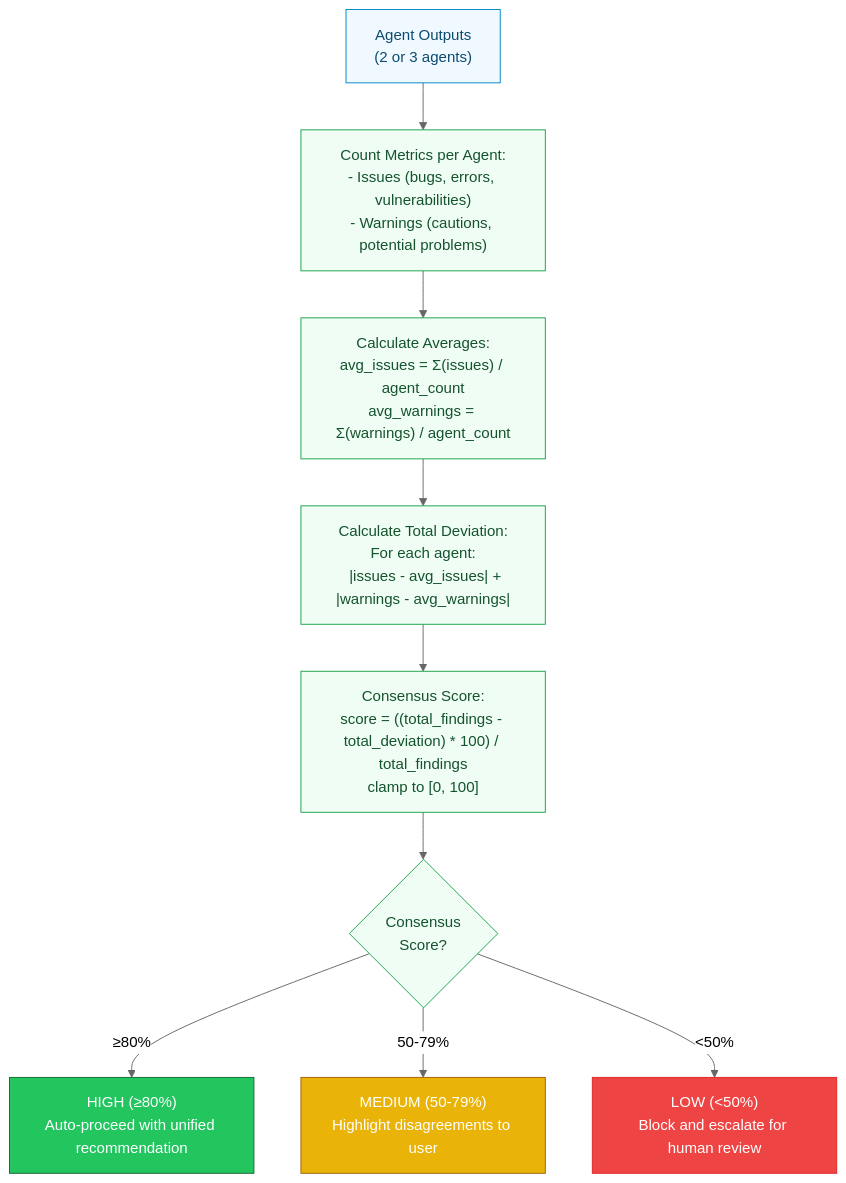
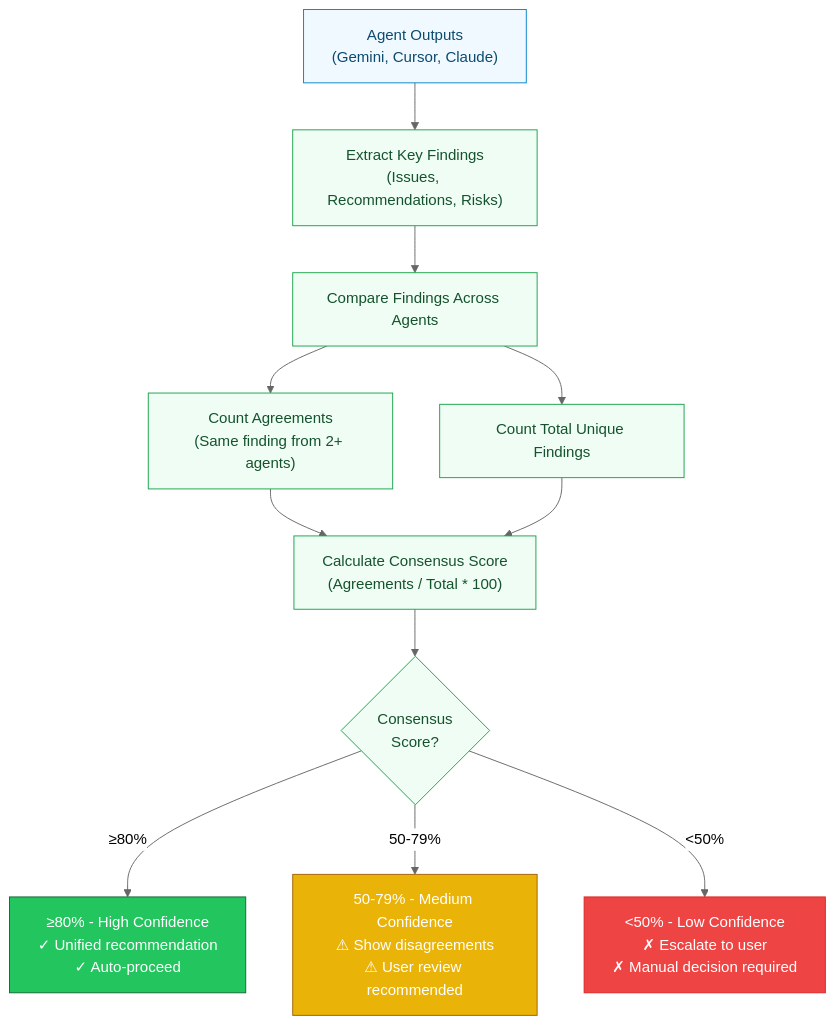
Before and after one commit to RB-chrismandich/Manifest: the ninth of 10 diagrams in docs/ARCHITECTURE_DIAGRAMS.md, drawn with Mermaid. The commit also changed other lines of this file and 24 other files, not shown here.

````diff
--- a/docs/ARCHITECTURE_DIAGRAMS.md
+++ b/docs/ARCHITECTURE_DIAGRAMS.md
@@ -580,35 +685,38 @@
 ```mermaid
 %%{init: {'theme':'neutral'}}%%
 flowchart TD
     classDef input fill:#f0f9ff,stroke:#0284c7,color:#0c4a6e
     classDef process fill:#f0fdf4,stroke:#16a34a,color:#14532d
     classDef high fill:#22c55e,stroke:#166534,color:#fff
     classDef medium fill:#eab308,stroke:#a16207,color:#fff
     classDef low fill:#ef4444,stroke:#dc2626,color:#fff
 
-    START["Agent Outputs<br/>(2 or 3 agents)"]:::input
+    OUTPUTS["Agent Outputs<br/>(Gemini, Cursor, Claude)"]:::input
 
-    COUNT_METRICS["Count Metrics per Agent:<br/>- Issues (bugs, errors, vulnerabilities)<br/>- Warnings (cautions, potential problems)"]:::process
+    EXTRACT["Extract Key Findings<br/>(Issues, Recommendations, Risks)"]:::process
 
-    CALC_AVG["Calculate Averages:<br/>avg_issues = Σ(issues) / agent_count<br/>avg_warnings = Σ(warnings) / agent_count"]:::process
+    COMPARE["Compare Findings Across Agents"]:::process
 
-    CALC_DEV["Calculate Total Deviation:<br/>For each agent:<br/>  |issues - avg_issues| + |warnings - avg_warnings|"]:::process
+    COUNT_AGREE["Count Agreements<br/>(Same finding from 2+ agents)"]:::process
+    COUNT_TOTAL["Count Total Unique Findings"]:::process
 
-    CALC_CONSENSUS["Consensus Score:<br/>score = ((total_findings - total_deviation) * 100) / total_findings<br/>clamp to [0, 100]"]:::process
+    CALC["Calculate Consensus Score<br/>(Agreements / Total * 100)"]:::process
 
-    THRESHOLD{"Consensus<br/>Score?"}:::process
+    SCORE_CHECK{"Consensus<br/>Score?"}:::process
 
-    HIGH["HIGH (≥80%)<br/>Auto-proceed with unified recommendation"]:::high
-    MEDIUM["MEDIUM (50-79%)<br/>Highlight disagreements to user"]:::medium
-    LOW["LOW (<50%)<br/>Block and escalate for human review"]:::low
+    HIGH["≥80% - High Confidence<br/>✓ Unified recommendation<br/>✓ Auto-proceed"]:::high
+    MEDIUM["50-79% - Medium Confidence<br/>⚠ Show disagreements<br/>⚠ User review recommended"]:::medium
+    LOW["<50% - Low Confidence<br/>✗ Escalate to user<br/>✗ Manual decision required"]:::low
 
-    START --> COUNT_METRICS
-    COUNT_METRICS --> CALC_AVG
-    CALC_AVG --> CALC_DEV
-    CALC_DEV --> CALC_CONSENSUS
-    CALC_CONSENSUS --> THRESHOLD
+    OUTPUTS --> EXTRACT
+    EXTRACT --> COMPARE
+    COMPARE --> COUNT_AGREE
+    COMPARE --> COUNT_TOTAL
+    COUNT_AGREE --> CALC
+    COUNT_TOTAL --> CALC
+    CALC --> SCORE_CHECK
 
-    THRESHOLD -->|≥80%| HIGH
-    THRESHOLD -->|50-79%| MEDIUM
-    THRESHOLD -->|<50%| LOW
+    SCORE_CHECK -->|≥80%| HIGH
+    SCORE_CHECK -->|50-79%| MEDIUM
+    SCORE_CHECK -->|<50%| LOW
 ```
````
